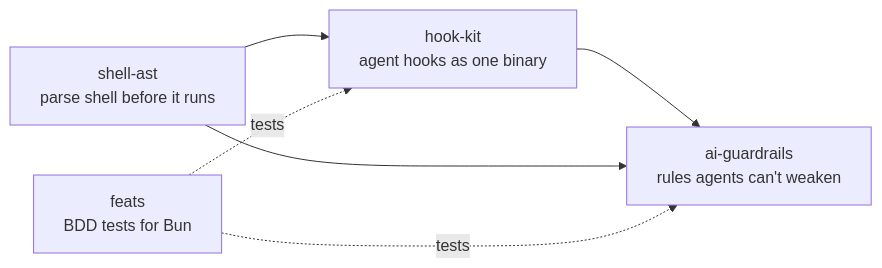
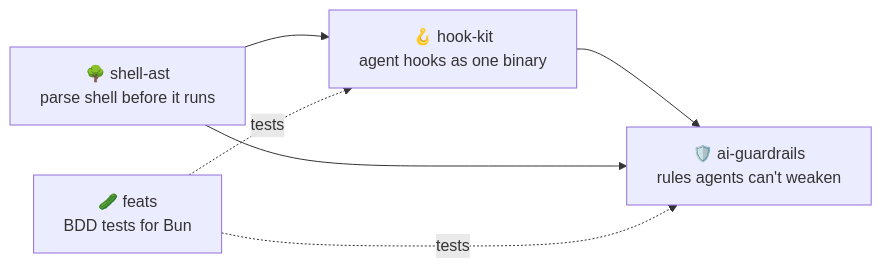
One commit to Questi0nM4rk/Questi0nM4rk changed the diagram in README.md. Above: the diagram before and after it, drawn with Mermaid. The commit also changed other lines of this file, not shown here.

````diff
--- a/README.md
+++ b/README.md
@@ -22,8 +34,8 @@
 ```mermaid
 flowchart LR
-  shell-ast["shell-ast<br>parse shell before it runs"] --> hook-kit["hook-kit<br>agent hooks as one binary"]
-  hook-kit --> ai-guardrails["ai-guardrails<br>rules agents can't weaken"]
-  shell-ast --> ai-guardrails
-  feats["feats<br>BDD tests for Bun"] -. tests .-> hook-kit
-  feats -. tests .-> ai-guardrails
+  A["🌳 shell-ast<br/>parse shell before it runs"] --> B["🪝 hook-kit<br/>agent hooks as one binary"]
+  B --> C["🛡️ ai-guardrails<br/>rules agents can't weaken"]
+  A --> C
+  D["🥒 feats<br/>BDD tests for Bun"] -. tests .-> B
+  D -. tests .-> C
 ```
````
